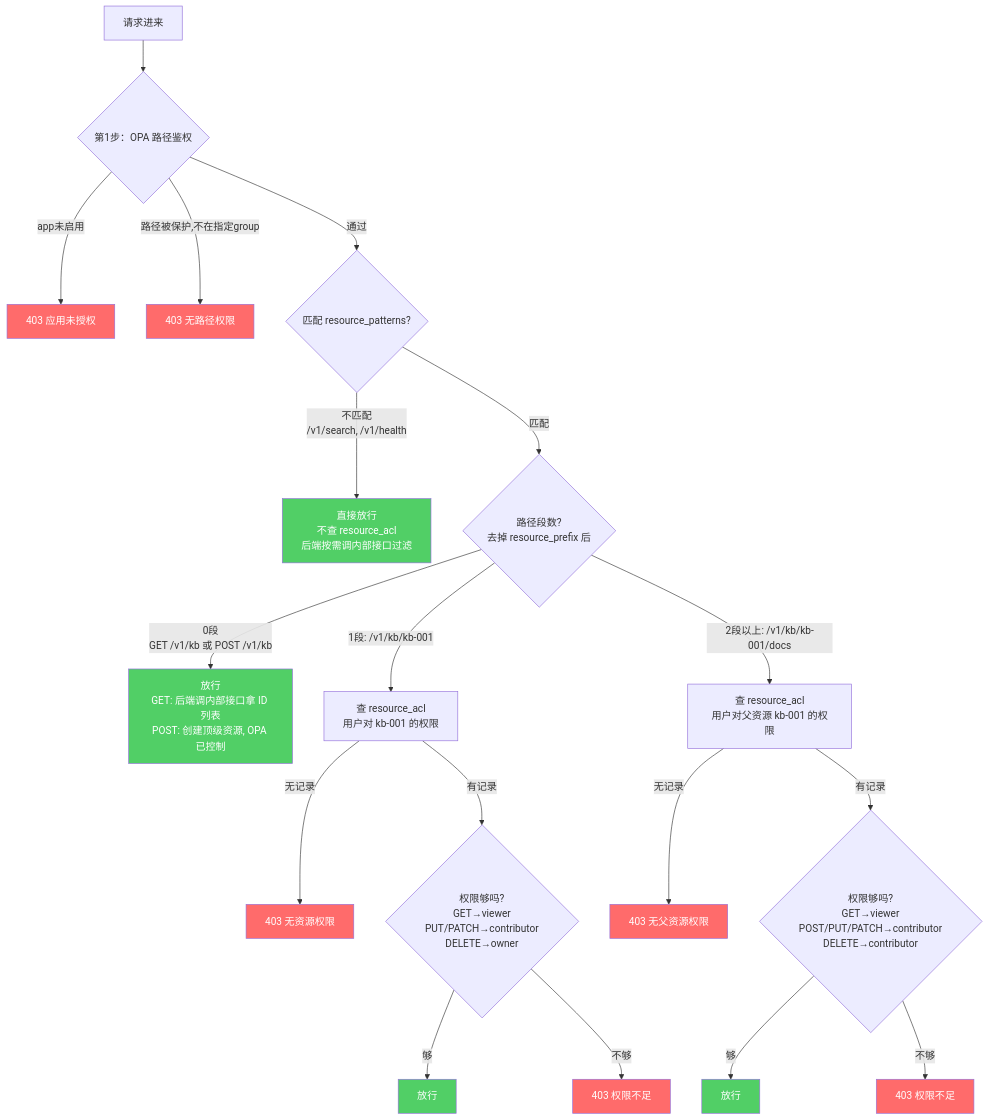
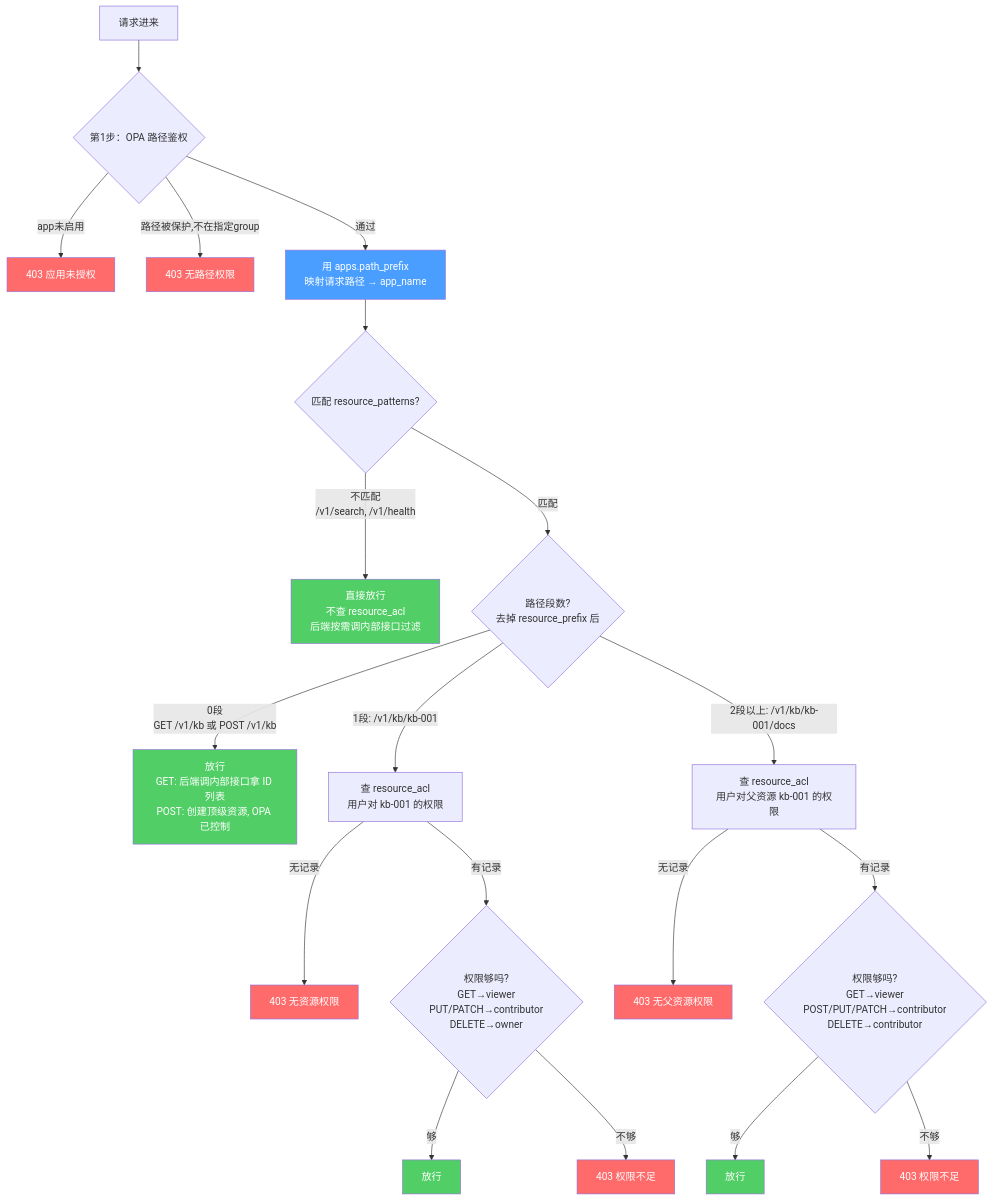
One commit to xiewanchao/aidp-iam changed the fourth of 10 diagrams in diagrams/component-responsibility.md. Above: the diagram before and after it, drawn with Mermaid. The commit also changed other lines of this file and 5 other files, not shown here.

````diff
--- a/diagrams/component-responsibility.md
+++ b/diagrams/component-responsibility.md
@@ -159,36 +173,38 @@
 ```mermaid
 flowchart TD
     REQ[请求进来] --> STEP1{第1步：OPA 路径鉴权}
     STEP1 -->|app未启用| DENY1[403 应用未授权]
     STEP1 -->|路径被保护,不在指定group| DENY2[403 无路径权限]
-    STEP1 -->|通过| MATCH{匹配 resource_patterns?}
+    STEP1 -->|通过| APP_MAP[用 apps.path_prefix<br/>映射请求路径 → app_name]
+    APP_MAP --> MATCH{匹配 resource_patterns?}
 
     MATCH -->|不匹配<br/>/v1/search, /v1/health| PASS_OTHER[直接放行<br/>不查 resource_acl<br/>后端按需调内部接口过滤]
 
     MATCH -->|匹配| SEGMENTS{路径段数?<br/>去掉 resource_prefix 后}
 
     SEGMENTS -->|0段<br/>GET /v1/kb 或 POST /v1/kb| PASS_COLLECTION[放行<br/>GET: 后端调内部接口拿 ID 列表<br/>POST: 创建顶级资源, OPA 已控制]
 
     SEGMENTS -->|1段: /v1/kb/kb-001| CHECK1[查 resource_acl<br/>用户对 kb-001 的权限]
     CHECK1 -->|无记录| DENY3[403 无资源权限]
     CHECK1 -->|有记录| METHOD1{权限够吗?<br/>GET→viewer<br/>PUT/PATCH→contributor<br/>DELETE→owner}
     METHOD1 -->|够| PASS1[放行]
     METHOD1 -->|不够| DENY4[403 权限不足]
 
     SEGMENTS -->|2段以上: /v1/kb/kb-001/docs| CHECK2[查 resource_acl<br/>用户对父资源 kb-001 的权限]
     CHECK2 -->|无记录| DENY5[403 无父资源权限]
     CHECK2 -->|有记录| METHOD2{权限够吗?<br/>GET→viewer<br/>POST/PUT/PATCH→contributor<br/>DELETE→contributor}
     METHOD2 -->|够| PASS2[放行]
     METHOD2 -->|不够| DENY6[403 权限不足]
 
+    style APP_MAP fill:#4a9eff,color:#fff
     style DENY1 fill:#ff6b6b,color:#fff
     style DENY2 fill:#ff6b6b,color:#fff
     style DENY3 fill:#ff6b6b,color:#fff
     style DENY4 fill:#ff6b6b,color:#fff
     style DENY5 fill:#ff6b6b,color:#fff
     style DENY6 fill:#ff6b6b,color:#fff
     style PASS_OTHER fill:#51cf66,color:#fff
     style PASS_COLLECTION fill:#51cf66,color:#fff
     style PASS1 fill:#51cf66,color:#fff
     style PASS2 fill:#51cf66,color:#fff
 ```
````
